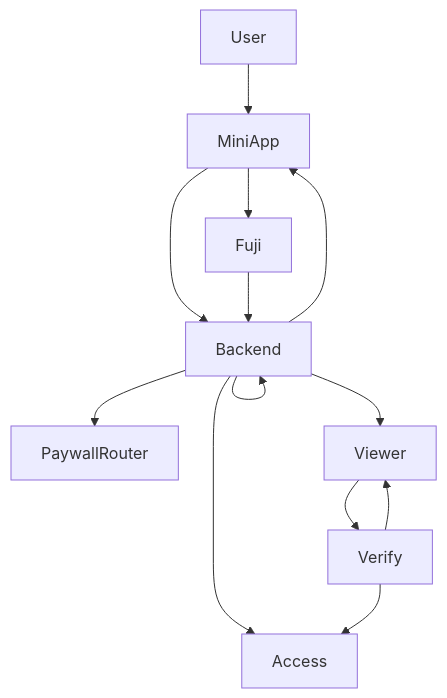
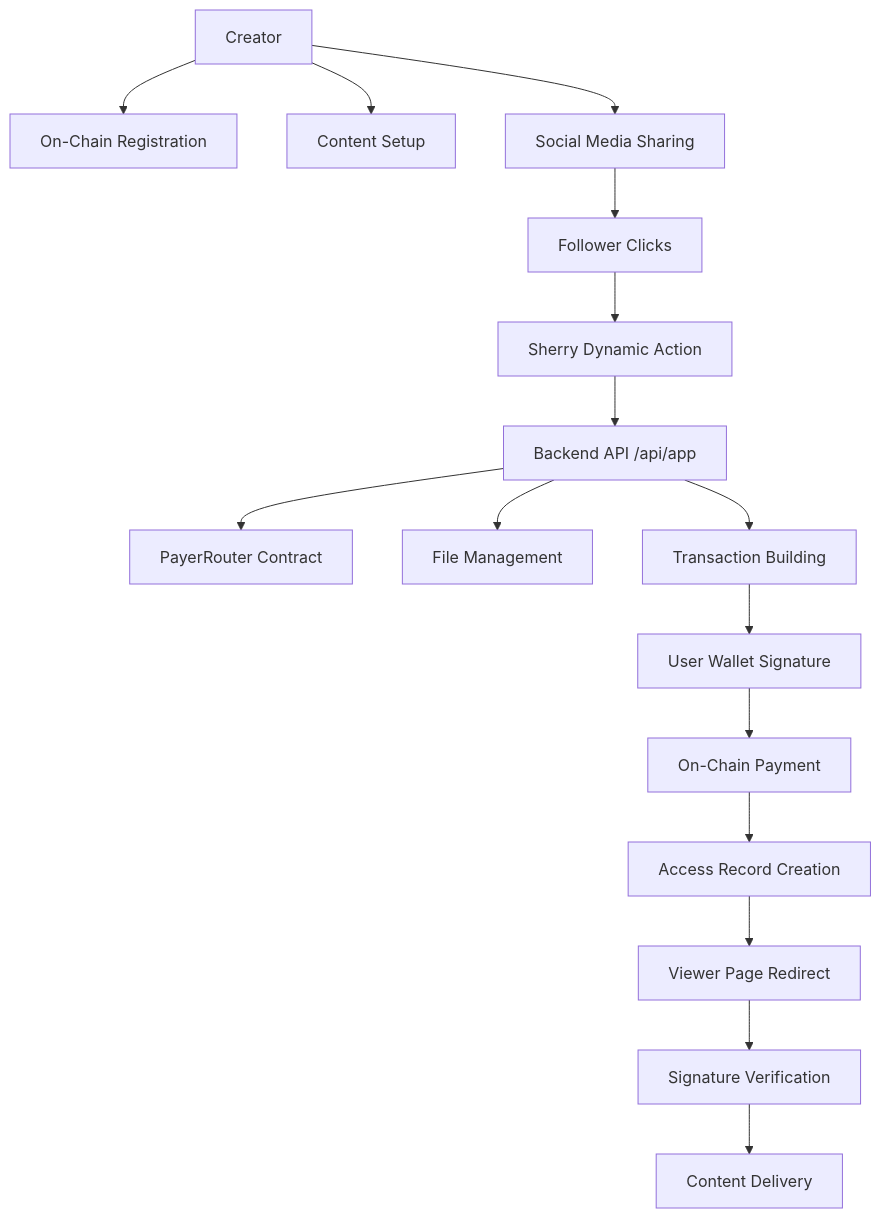
Before and after one commit to tapilew/payer-tiger: the diagram in README.md, drawn with Mermaid. The commit also changed other lines of this file and 12 other files, not shown here.

Commit message:
wip: update architecture

````diff
--- a/README.md
+++ b/README.md
@@ -95,24 +111,18 @@
 ```mermaid
 graph TD
-    A[User]
-    B[MiniApp]
-    C[Backend]
-    D[PaywallRouter]
-    F[Fuji]
-    G[Access]
-    H[Viewer]
-    I[Verify]
-
-    A --> B
-    B --> C
-    C --> D
-    C --> C
-    C --> B
-    B --> F
-    F --> C
-    C --> G
-    C --> H
-    H --> I
-    I --> G
-    I --> H
+    A[Creator] --> B[On-Chain Registration]
+    A --> C[Content Setup]
+    A --> D[Social Media Sharing]
+    D --> E[Follower Clicks]
+    E --> F[Sherry Dynamic Action]
+    F --> G[Backend API /api/app]
+    G --> H[PayerRouter Contract]
+    G --> I[File Management]
+    G --> J[Transaction Building]
+    J --> K[User Wallet Signature]
+    K --> L[On-Chain Payment]
+    L --> M[Access Record Creation]
+    M --> N[Viewer Page Redirect]
+    N --> O[Signature Verification]
+    O --> P[Content Delivery]
 ```
````
